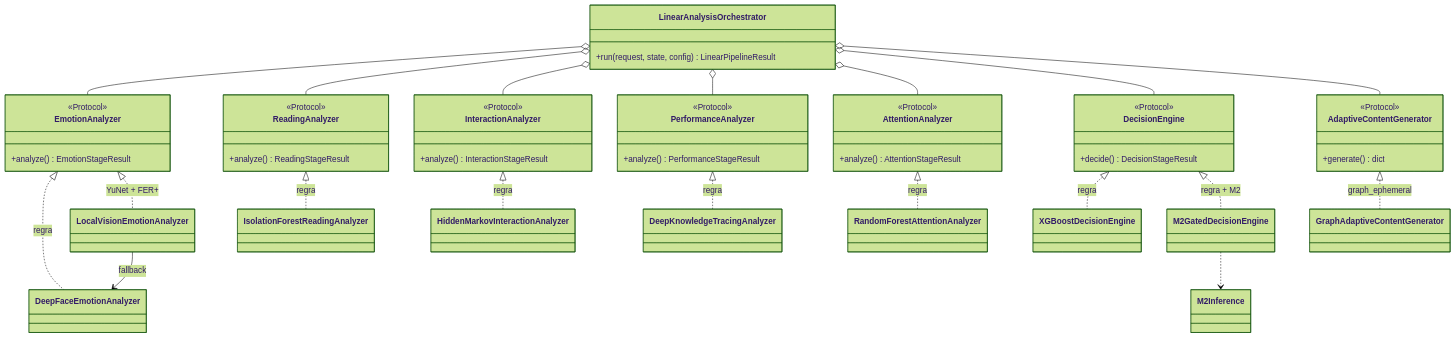
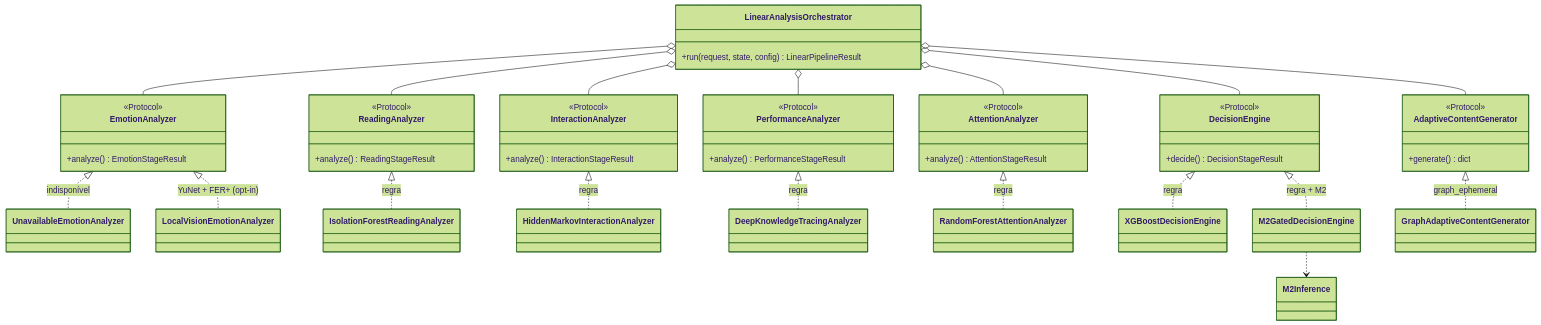
The first of 6 diagrams in docs/tcc/modelagem/07-classes.md (Geisbelly/TrailUp), drawn with Mermaid (forest theme) before and after one commit. The commit also changed 35 other files, not shown here.

Commit message:
feat: clarify web telemetry and unavailable emotion signal (#30) (#1025)

````diff
--- a/docs/tcc/modelagem/07-classes.md
+++ b/docs/tcc/modelagem/07-classes.md
@@ -9,54 +9,53 @@
 ```mermaid
 classDiagram
   class LinearAnalysisOrchestrator {
     +run(request, state, config) LinearPipelineResult
   }
   class EmotionAnalyzer {
     <<Protocol>>
     +analyze() EmotionStageResult
   }
   class ReadingAnalyzer {
     <<Protocol>>
     +analyze() ReadingStageResult
   }
   class InteractionAnalyzer {
     <<Protocol>>
     +analyze() InteractionStageResult
   }
   class PerformanceAnalyzer {
     <<Protocol>>
     +analyze() PerformanceStageResult
   }
   class AttentionAnalyzer {
     <<Protocol>>
     +analyze() AttentionStageResult
   }
   class DecisionEngine {
     <<Protocol>>
     +decide() DecisionStageResult
   }
   class AdaptiveContentGenerator {
     <<Protocol>>
     +generate() dict
   }
 
   LinearAnalysisOrchestrator o-- EmotionAnalyzer
   LinearAnalysisOrchestrator o-- ReadingAnalyzer
   LinearAnalysisOrchestrator o-- InteractionAnalyzer
   LinearAnalysisOrchestrator o-- PerformanceAnalyzer
   LinearAnalysisOrchestrator o-- AttentionAnalyzer
   LinearAnalysisOrchestrator o-- DecisionEngine
   LinearAnalysisOrchestrator o-- AdaptiveContentGenerator
 
-  EmotionAnalyzer <|.. DeepFaceEmotionAnalyzer : regra
-  EmotionAnalyzer <|.. LocalVisionEmotionAnalyzer : YuNet + FER+
-  LocalVisionEmotionAnalyzer --> DeepFaceEmotionAnalyzer : fallback
+  EmotionAnalyzer <|.. UnavailableEmotionAnalyzer : indisponível
+  EmotionAnalyzer <|.. LocalVisionEmotionAnalyzer : YuNet + FER+ (opt-in)
   ReadingAnalyzer <|.. IsolationForestReadingAnalyzer : regra
   InteractionAnalyzer <|.. HiddenMarkovInteractionAnalyzer : regra
   PerformanceAnalyzer <|.. DeepKnowledgeTracingAnalyzer : regra
   AttentionAnalyzer <|.. RandomForestAttentionAnalyzer : regra
   DecisionEngine <|.. XGBoostDecisionEngine : regra
   DecisionEngine <|.. M2GatedDecisionEngine : regra + M2
   M2GatedDecisionEngine ..> M2Inference
   AdaptiveContentGenerator <|.. GraphAdaptiveContentGenerator : graph_ephemeral
 ```
````
